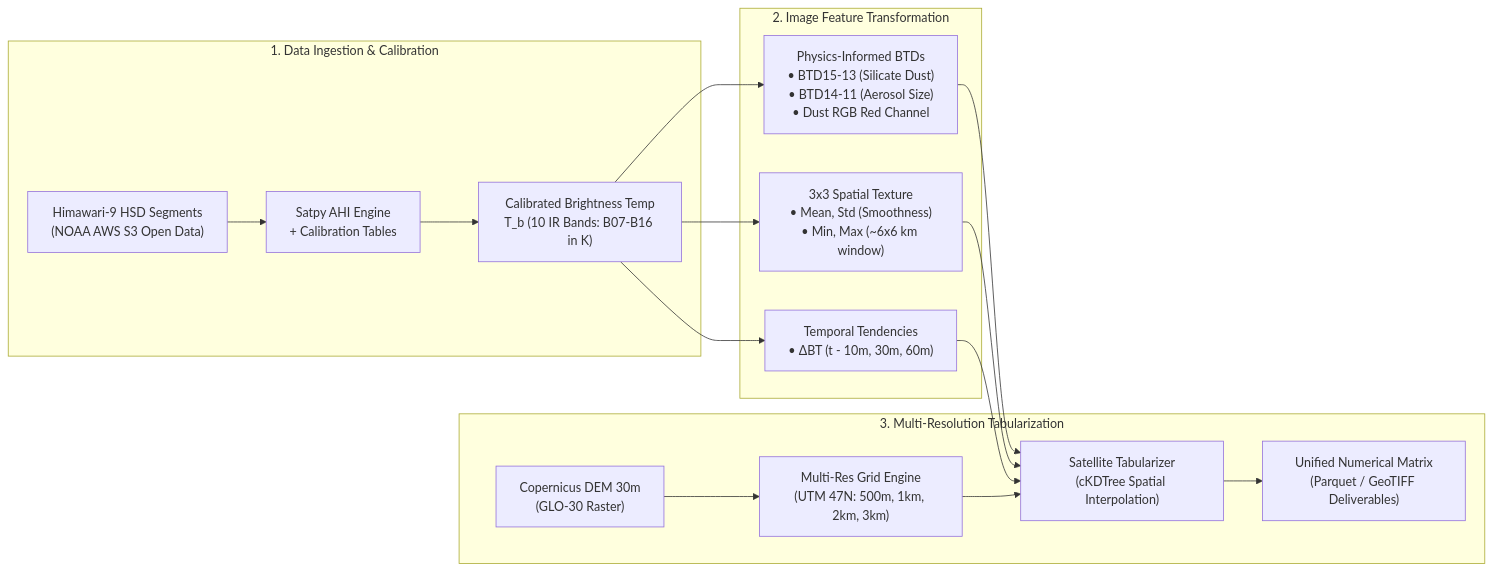
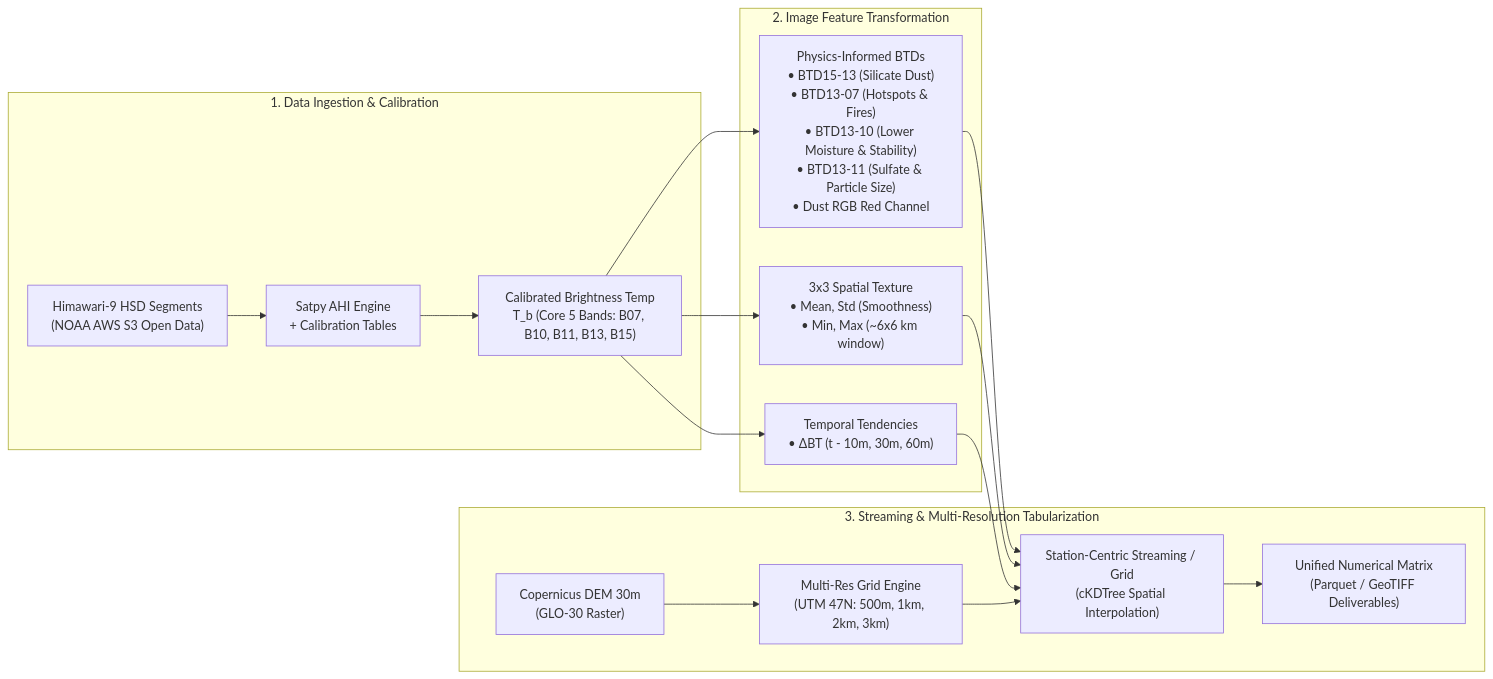
Before and after one commit to korarit/dust-from-satellite-image-thailand: the first of 2 diagrams in technical-image-process.md, drawn with Mermaid. The commit also changed other lines of this file and 5 other files, not shown here.

Commit message:
docs: update technical docs and README with Core 5 IR bands, new BTD equations, station streaming, and academic DOIs

````diff
--- a/technical-image-process.md
+++ b/technical-image-process.md
@@ -12,20 +12,20 @@
 ```mermaid
 flowchart LR
     subgraph Ingestion ["1. Data Ingestion & Calibration"]
         Raw["Himawari-9 HSD Segments<br>(NOAA AWS S3 Open Data)"] --> Satpy["Satpy AHI Engine<br>+ Calibration Tables"]
-        Satpy --> Calib["Calibrated Brightness Temp<br>T_b (10 IR Bands: B07-B16 in K)"]
+        Satpy --> Calib["Calibrated Brightness Temp<br>T_b (Core 5 Bands: B07, B10, B11, B13, B15)"]
     end
 
     subgraph FeatureEng ["2. Image Feature Transformation"]
-        Calib --> BTD["Physics-Informed BTDs<br>• BTD15-13 (Silicate Dust)<br>• BTD14-11 (Aerosol Size)<br>• Dust RGB Red Channel"]
+        Calib --> BTD["Physics-Informed BTDs<br>• BTD15-13 (Silicate Dust)<br>• BTD13-07 (Hotspots & Fires)<br>• BTD13-10 (Lower Moisture & Stability)<br>• BTD13-11 (Sulfate & Particle Size)<br>• Dust RGB Red Channel"]
         Calib --> Tex["3x3 Spatial Texture<br>• Mean, Std (Smoothness)<br>• Min, Max (~6x6 km window)"]
         Calib --> Temp["Temporal Tendencies<br>• ΔBT (t - 10m, 30m, 60m)"]
     end
 
-    subgraph GeoIntegration ["3. Multi-Resolution Tabularization"]
+    subgraph GeoIntegration ["3. Streaming & Multi-Resolution Tabularization"]
         DEM["Copernicus DEM 30m<br>(GLO-30 Raster)"] --> Grid["Multi-Res Grid Engine<br>(UTM 47N: 500m, 1km, 2km, 3km)"]
-        BTD & Tex & Temp --> Tab["Satellite Tabularizer<br>(cKDTree Spatial Interpolation)"]
+        BTD & Tex & Temp --> Tab["Station-Centric Streaming / Grid<br>(cKDTree Spatial Interpolation)"]
         Grid --> Tab
         Tab --> Out["Unified Numerical Matrix<br>(Parquet / GeoTIFF Deliverables)"]
     end
 ```
````
